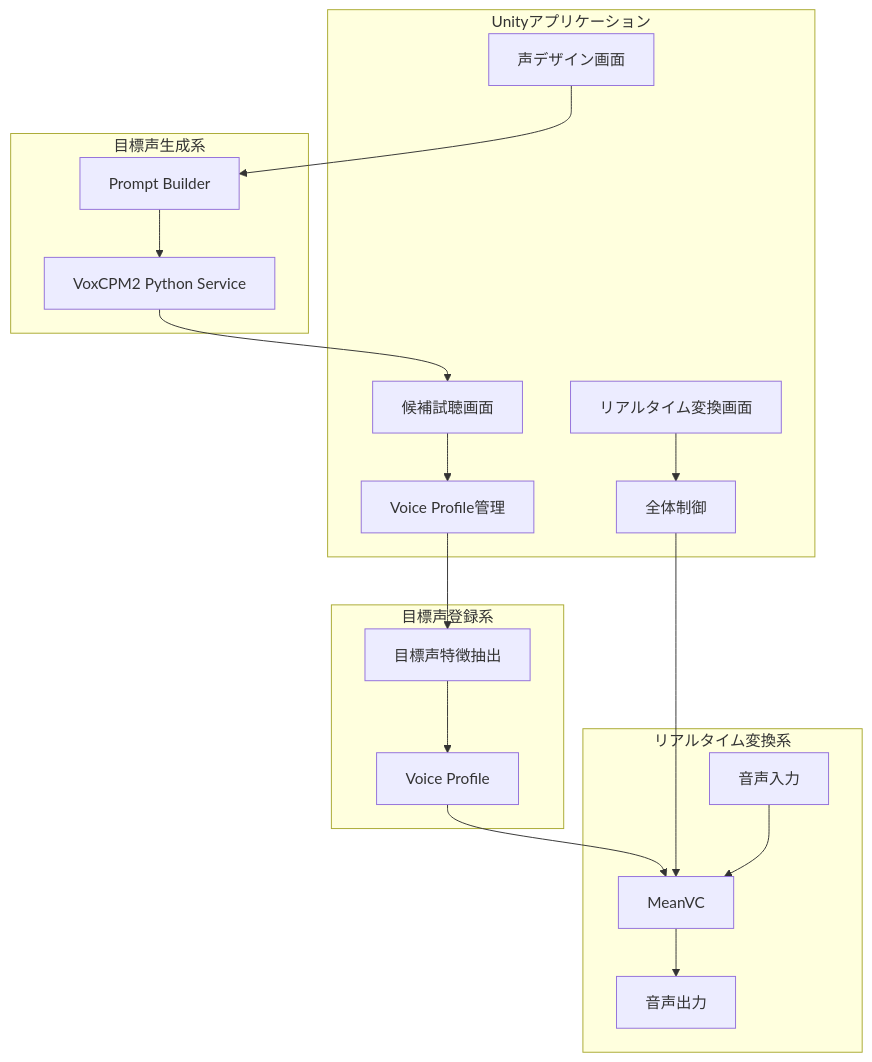
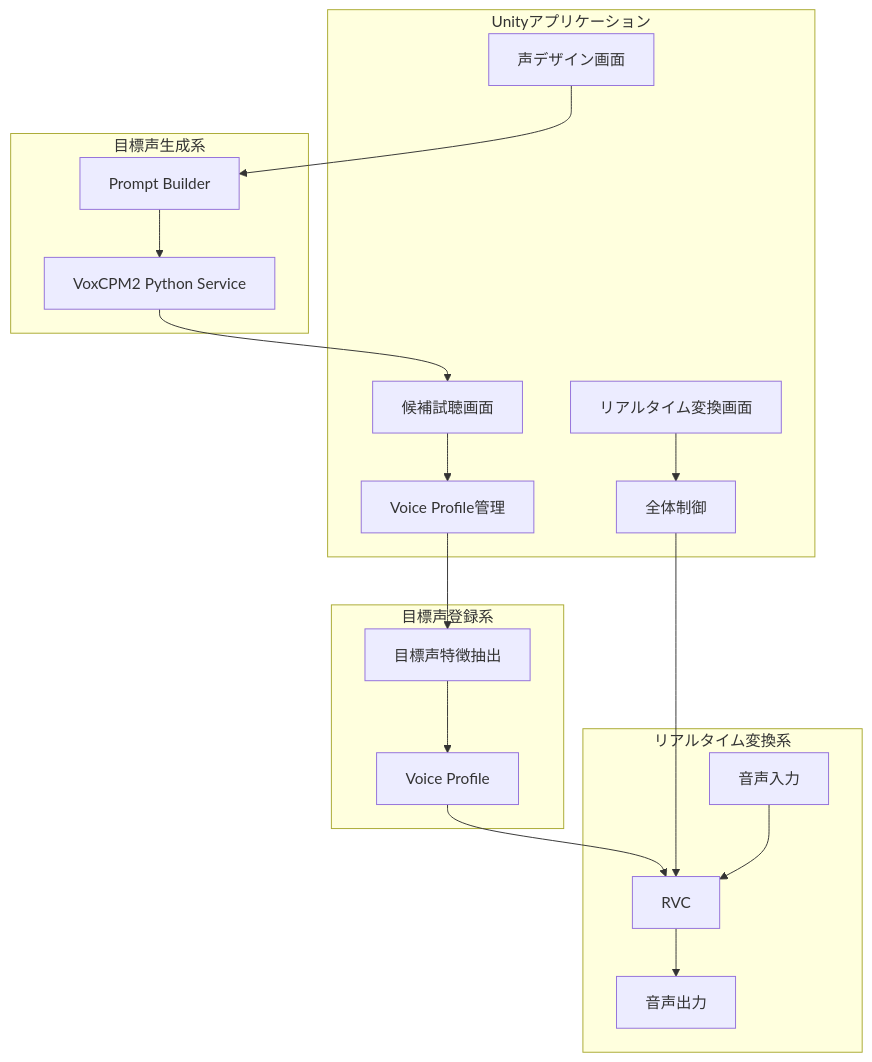
One commit to Yupopyoi/VCBM changed the first of 2 diagrams in README.md. Above: the diagram before and after it, drawn with Mermaid. The commit also changed other lines of this file and 2 other files, not shown here.

Commit message:
[Change] Update introduction of RVC

````diff
--- a/README.md
+++ b/README.md
@@ -233,38 +351,38 @@
 ```mermaid
 flowchart TB
     subgraph Unity["Unityアプリケーション"]
         UI1[声デザイン画面]
         UI2[候補試聴画面]
         UI3[Voice Profile管理]
         UI4[リアルタイム変換画面]
         CTRL[全体制御]
     end
 
     subgraph VoiceGeneration["目標声生成系"]
         PB[Prompt Builder]
         VOX[VoxCPM2 Python Service]
     end
 
     subgraph Profile["目標声登録系"]
         EXT[目標声特徴抽出]
         VP[Voice Profile]
     end
 
     subgraph Conversion["リアルタイム変換系"]
         MIC[音声入力]
-        MVC[MeanVC]
+        MVC[RVC]
         OUT[音声出力]
     end
 
     UI1 --> PB
     PB --> VOX
     VOX --> UI2
     UI2 --> UI3
     UI3 --> EXT
     EXT --> VP
     VP --> MVC
     UI4 --> CTRL
     CTRL --> MVC
     MIC --> MVC
     MVC --> OUT
 ```
````
